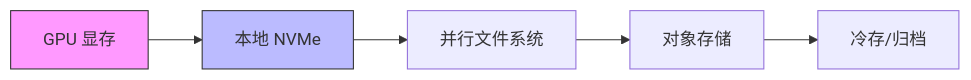
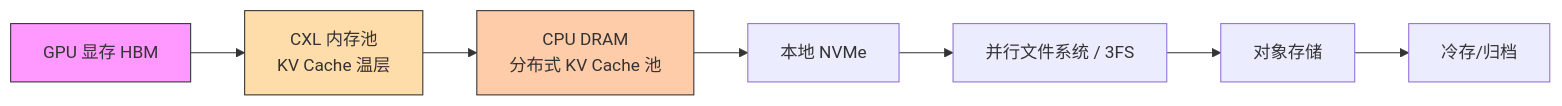
The fourth of 4 diagrams in docs/01-foundation/storage-systems/02-core-ideas.md (cypggs/AI_Infra_Handbook), drawn with Mermaid before and after one commit. The commit also changed other lines of this file and 10 other files, not shown here.

Commit message:
更新存储系统主题至 2026-10：3FS/Mooncake 推理 KV Cache 架构、两阶段异步 checkpoint、QLC 大容量 SSD、CXL 内存池

````diff
--- a/docs/01-foundation/storage-systems/02-core-ideas.md
+++ b/docs/01-foundation/storage-systems/02-core-ideas.md
@@ -106,9 +108,12 @@
 ```mermaid
 flowchart LR
-    A[GPU 显存] --> B[本地 NVMe]
-    B --> C[并行文件系统]
-    C --> D[对象存储]
-    D --> E[冷存/归档]
+    A[GPU 显存 HBM] --> B[CXL 内存池<br/>KV Cache 温层]
+    B --> C[CPU DRAM<br/>分布式 KV Cache 池]
+    C --> D[本地 NVMe]
+    D --> E[并行文件系统 / 3FS]
+    E --> F[对象存储]
+    F --> G[冷存/归档]
     style A fill:#f9f,stroke:#333
-    style B fill:#bbf,stroke:#333
+    style B fill:#fda,stroke:#333
+    style C fill:#fca,stroke:#333
 ```
````
